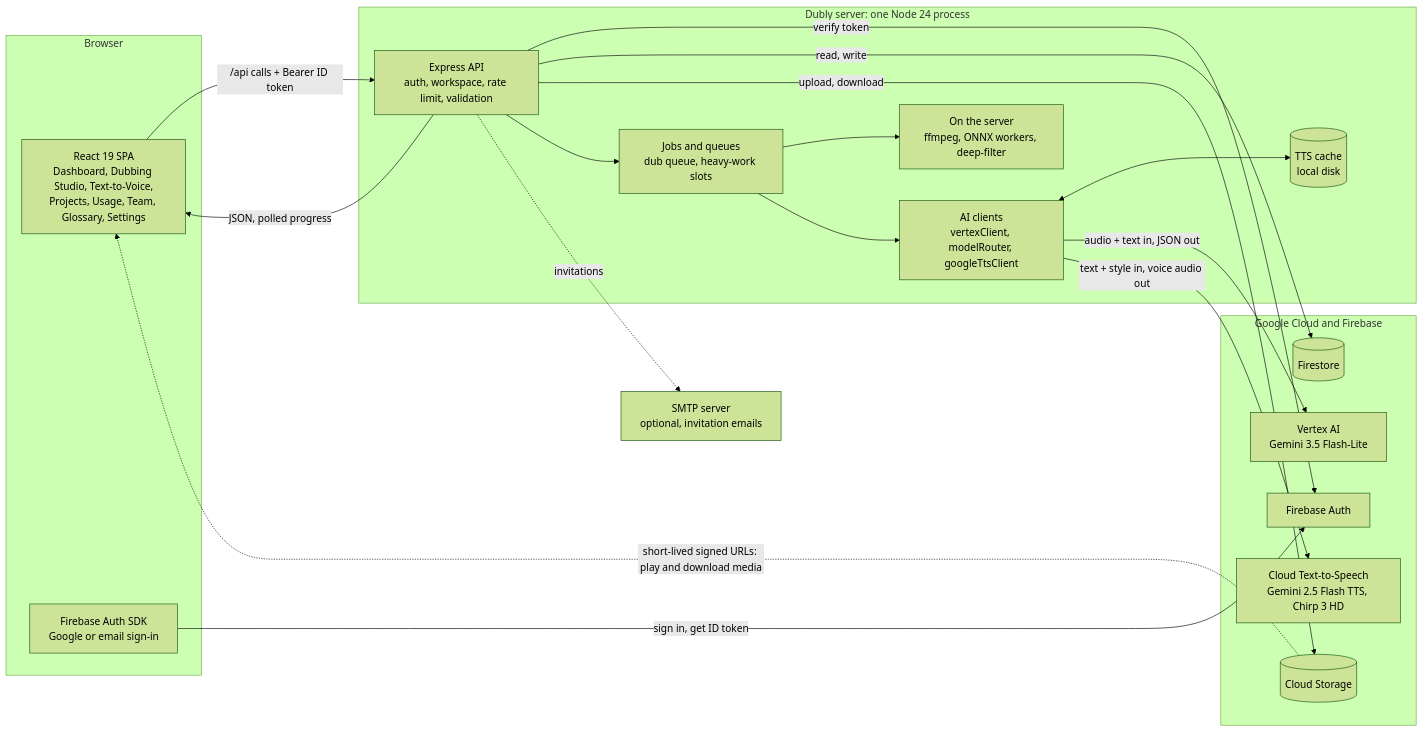
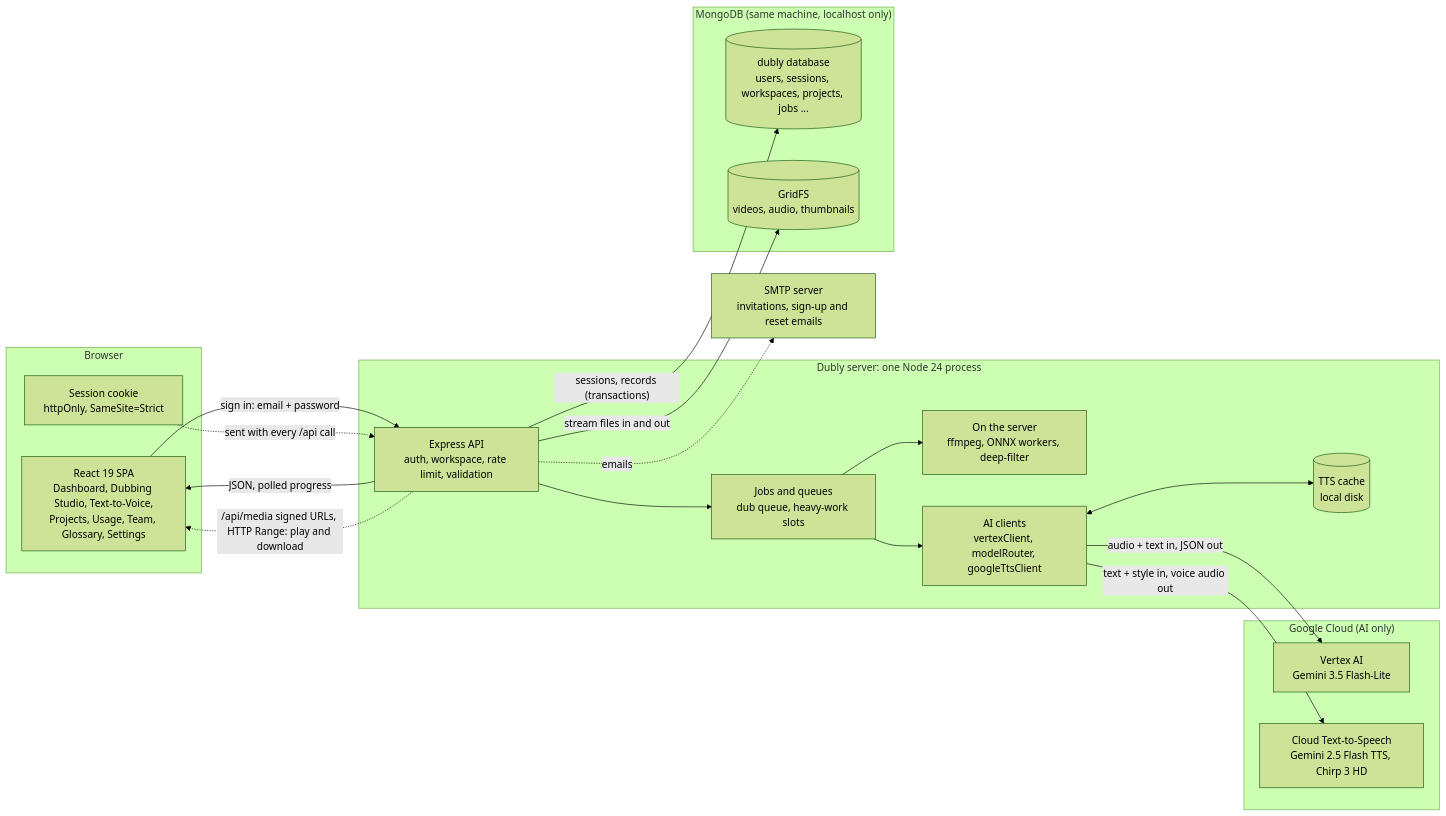
Before and after one commit to HarshScatterPie/dubly: the first of 2 diagrams in docs/ARCHITECTURE-AND-MODELS.md, drawn with Mermaid (forest theme). The commit also changed other lines of this file and 100 other files, not shown here.

````diff
--- a/docs/ARCHITECTURE-AND-MODELS.md
+++ b/docs/ARCHITECTURE-AND-MODELS.md
@@ -28,40 +28,41 @@
 ```mermaid
 flowchart LR
   subgraph B["Browser"]
     SPA["React 19 SPA<br/>Dashboard, Dubbing Studio, Text-to-Voice,<br/>Projects, Usage, Team, Glossary, Settings"]
-    SDK["Firebase Auth SDK<br/>Google or email sign-in"]
+    COOKIE["Session cookie<br/>httpOnly, SameSite=Strict"]
   end
 
   subgraph S["Dubly server: one Node 24 process"]
     API["Express API<br/>auth, workspace, rate limit, validation"]
     JOBS["Jobs and queues<br/>dub queue, heavy-work slots"]
     LOCAL["On the server<br/>ffmpeg, ONNX workers, deep-filter"]
     CLIENTS["AI clients<br/>vertexClient, modelRouter, googleTtsClient"]
     CACHE[("TTS cache<br/>local disk")]
   end
 
-  subgraph G["Google Cloud and Firebase"]
-    AUTH["Firebase Auth"]
-    FS[("Firestore")]
-    GCS[("Cloud Storage")]
+  subgraph M["MongoDB (same machine, localhost only)"]
+    DB[("dubly database<br/>users, sessions, workspaces, projects, jobs ...")]
+    GRID[("GridFS<br/>videos, audio, thumbnails")]
+  end
+
+  subgraph G["Google Cloud (AI only)"]
     VX["Vertex AI<br/>Gemini 3.5 Flash-Lite"]
     TTS["Cloud Text-to-Speech<br/>Gemini 2.5 Flash TTS, Chirp 3 HD"]
   end
 
-  SMTP["SMTP server<br/>optional, invitation emails"]
+  SMTP["SMTP server<br/>invitations, sign-up and reset emails"]
 
-  SDK -->|"sign in, get ID token"| AUTH
-  SPA -->|"/api calls + Bearer ID token"| API
+  SPA -->|"sign in: email + password"| API
+  COOKIE -.->|"sent with every /api call"| API
   API -->|"JSON, polled progress"| SPA
-  API -->|"verify token"| AUTH
-  API -->|"read, write"| FS
-  API -->|"upload, download"| GCS
-  GCS -.->|"short-lived signed URLs: play and download media"| SPA
+  API -->|"sessions, records (transactions)"| DB
+  API -->|"stream files in and out"| GRID
+  API -.->|"/api/media signed URLs, HTTP Range: play and download"| SPA
   API --> JOBS
   JOBS --> LOCAL
   JOBS --> CLIENTS
   CLIENTS <--> CACHE
   CLIENTS -->|"audio + text in, JSON out"| VX
   CLIENTS -->|"text + style in, voice audio out"| TTS
-  API -.->|"invitations"| SMTP
+  API -.->|"emails"| SMTP
 ```
````
